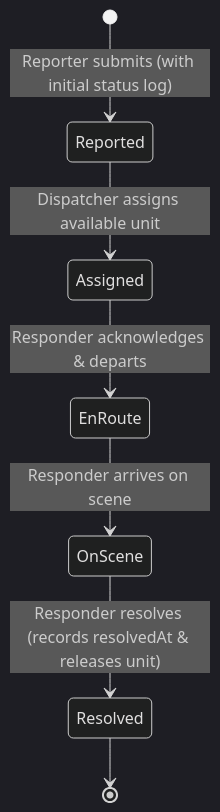
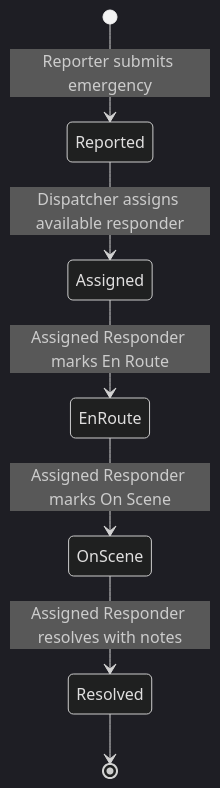
One commit to BafanaCode/Emergency-Management-And-Response-System changed the first of 2 diagrams in README.md. Above: the diagram before and after it, drawn with Mermaid (dark theme). The commit also changed other lines of this file and 17 other files, not shown here.

````diff
--- a/README.md
+++ b/README.md
@@ -91,9 +73,9 @@
 ```mermaid
 stateDiagram-v2
-    [*] --> Reported: Reporter submits (with initial status log)
-    Reported --> Assigned: Dispatcher assigns available unit
-    Assigned --> EnRoute: Responder acknowledges & departs
-    EnRoute --> OnScene: Responder arrives on scene
-    OnScene --> Resolved: Responder resolves (records resolvedAt & releases unit)
+    [*] --> Reported: Reporter submits emergency
+    Reported --> Assigned: Dispatcher assigns available responder
+    Assigned --> EnRoute: Assigned Responder marks En Route
+    EnRoute --> OnScene: Assigned Responder marks On Scene
+    OnScene --> Resolved: Assigned Responder resolves with notes
     Resolved --> [*]
 ```
````
